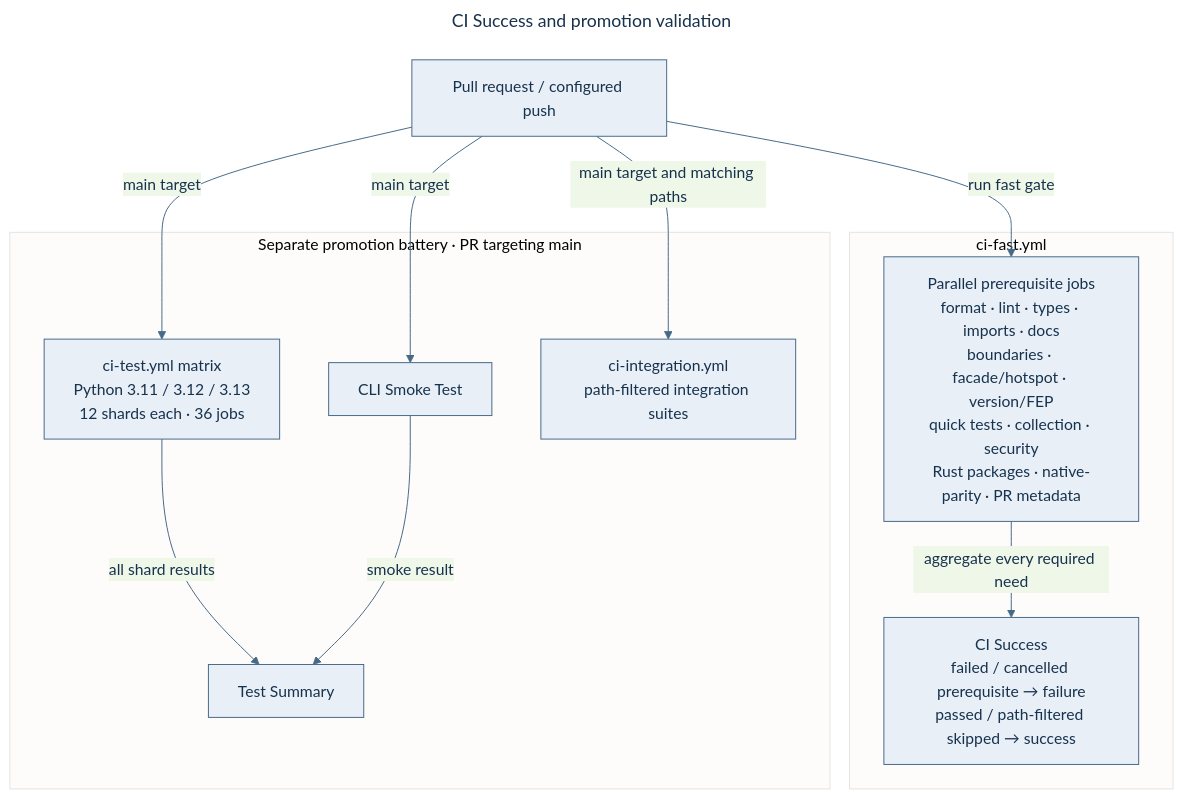
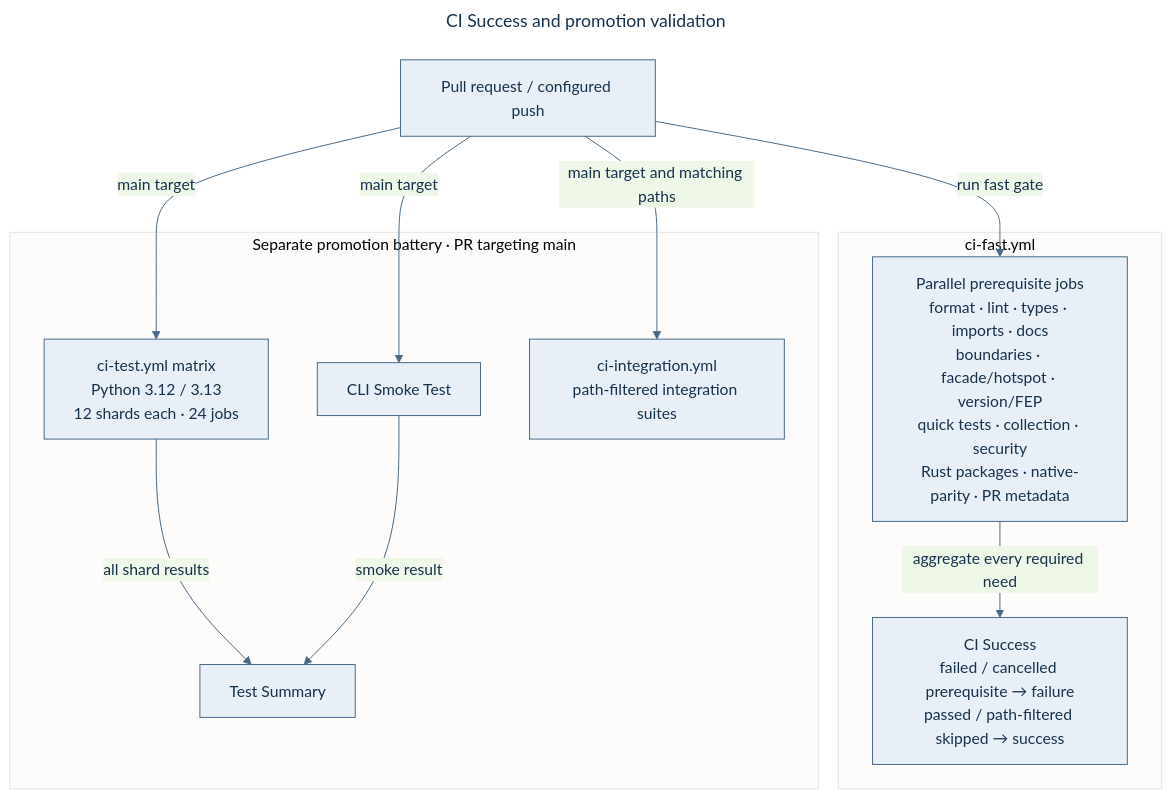
The diagram in docs/development/PR_WORKFLOW.md (anvai-labs/victor), drawn with Mermaid before and after one commit. The commit also changed other lines of this file and 495 other files, not shown here.

````diff
--- a/docs/development/PR_WORKFLOW.md
+++ b/docs/development/PR_WORKFLOW.md
@@ -153,25 +175,25 @@
 ```mermaid
 ---
 title: CI Success and promotion validation
 ---
 %%{init: {"theme":"base","themeVariables":{"primaryColor":"#E8EFF7","primaryTextColor":"#17324D","primaryBorderColor":"#456987","lineColor":"#456987","fontFamily":"Arial"}}}%%
 flowchart TB
   PR["Pull request / configured push"]
   subgraph FAST["ci-fast.yml"]
     N["Parallel prerequisite jobs<br/>format · lint · types · imports · docs<br/>boundaries · facade/hotspot · version/FEP<br/>quick tests · collection · security<br/>Rust packages · native-parity · PR metadata"]
     S["CI Success<br/>failed / cancelled prerequisite → failure<br/>passed / path-filtered skipped → success"]
     N -->|"aggregate every required need"| S
   end
   subgraph PROMO["Separate promotion battery · PR targeting main"]
-    M["ci-test.yml matrix<br/>Python 3.11 / 3.12 / 3.13<br/>12 shards each · 36 jobs"]
+    M["ci-test.yml matrix<br/>Python 3.12 / 3.13<br/>12 shards each · 24 jobs"]
     C["CLI Smoke Test"]
     T["Test Summary"]
     I["ci-integration.yml<br/>path-filtered integration suites"]
     M -->|"all shard results"| T
     C -->|"smoke result"| T
   end
   PR -->|"run fast gate"| N
   PR -->|"main target"| M
   PR -->|"main target"| C
   PR -->|"main target and matching paths"| I
 ```
````
